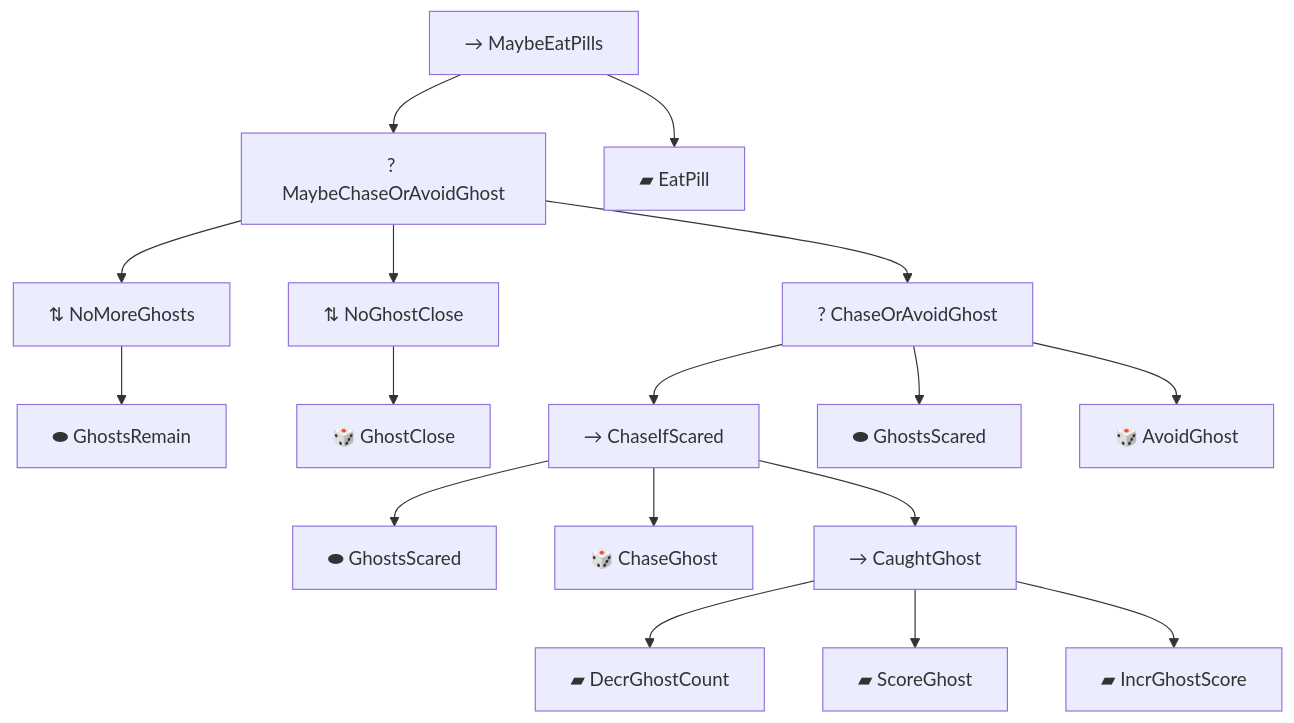
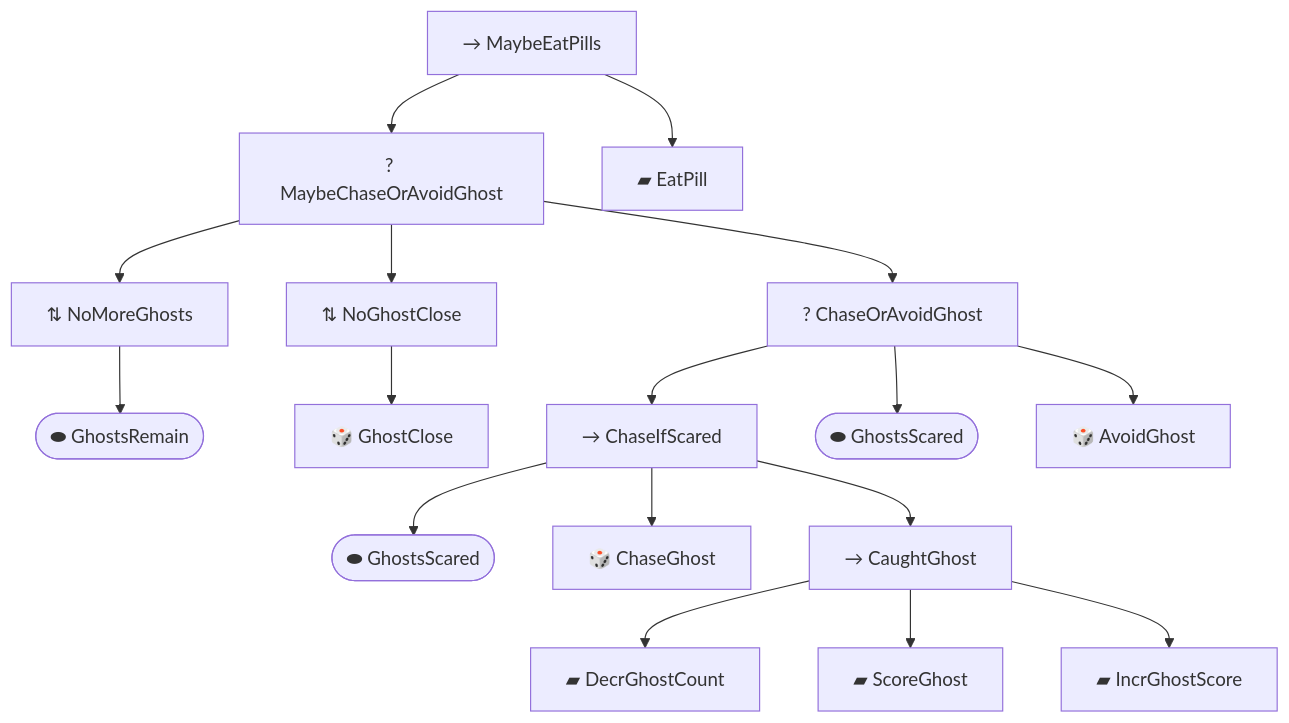
The diagram in docs/reference/code/bt/pacman_tree_diagram.md (CERTCC/Vultron), drawn with Mermaid before and after one commit. The commit also changed 107 other files, not shown here.

````diff
--- a/docs/reference/code/bt/pacman_tree_diagram.md
+++ b/docs/reference/code/bt/pacman_tree_diagram.md
@@ -1,36 +1,36 @@
 ```mermaid
 graph TD
   MaybeEatPills_1["&rarr; MaybeEatPills"]
   MaybeChaseOrAvoidGhost_2["? MaybeChaseOrAvoidGhost"]
   MaybeEatPills_1 --> MaybeChaseOrAvoidGhost_2
   NoMoreGhosts_3["#8645; NoMoreGhosts"]
   MaybeChaseOrAvoidGhost_2 --> NoMoreGhosts_3
-  GhostsRemain_4["#11052; GhostsRemain"]
+  GhostsRemain_4(["#11052; GhostsRemain"])
   NoMoreGhosts_3 --> GhostsRemain_4
   NoGhostClose_5["#8645; NoGhostClose"]
   MaybeChaseOrAvoidGhost_2 --> NoGhostClose_5
   GhostClose_6["#127922; GhostClose"]
   NoGhostClose_5 --> GhostClose_6
   ChaseOrAvoidGhost_7["? ChaseOrAvoidGhost"]
   MaybeChaseOrAvoidGhost_2 --> ChaseOrAvoidGhost_7
   ChaseIfScared_8["&rarr; ChaseIfScared"]
   ChaseOrAvoidGhost_7 --> ChaseIfScared_8
-  GhostsScared_9["#11052; GhostsScared"]
+  GhostsScared_9(["#11052; GhostsScared"])
   ChaseIfScared_8 --> GhostsScared_9
   ChaseGhost_10["#127922; ChaseGhost"]
   ChaseIfScared_8 --> ChaseGhost_10
   CaughtGhost_11["&rarr; CaughtGhost"]
   ChaseIfScared_8 --> CaughtGhost_11
   DecrGhostCount_12["#9648; DecrGhostCount"]
   CaughtGhost_11 --> DecrGhostCount_12
   ScoreGhost_13["#9648; ScoreGhost"]
   CaughtGhost_11 --> ScoreGhost_13
   IncrGhostScore_14["#9648; IncrGhostScore"]
   CaughtGhost_11 --> IncrGhostScore_14
-  GhostsScared_15["#11052; GhostsScared"]
+  GhostsScared_15(["#11052; GhostsScared"])
   ChaseOrAvoidGhost_7 --> GhostsScared_15
   AvoidGhost_16["#127922; AvoidGhost"]
   ChaseOrAvoidGhost_7 --> AvoidGhost_16
   EatPill_17["#9648; EatPill"]
   MaybeEatPills_1 --> EatPill_17
 ```
````
